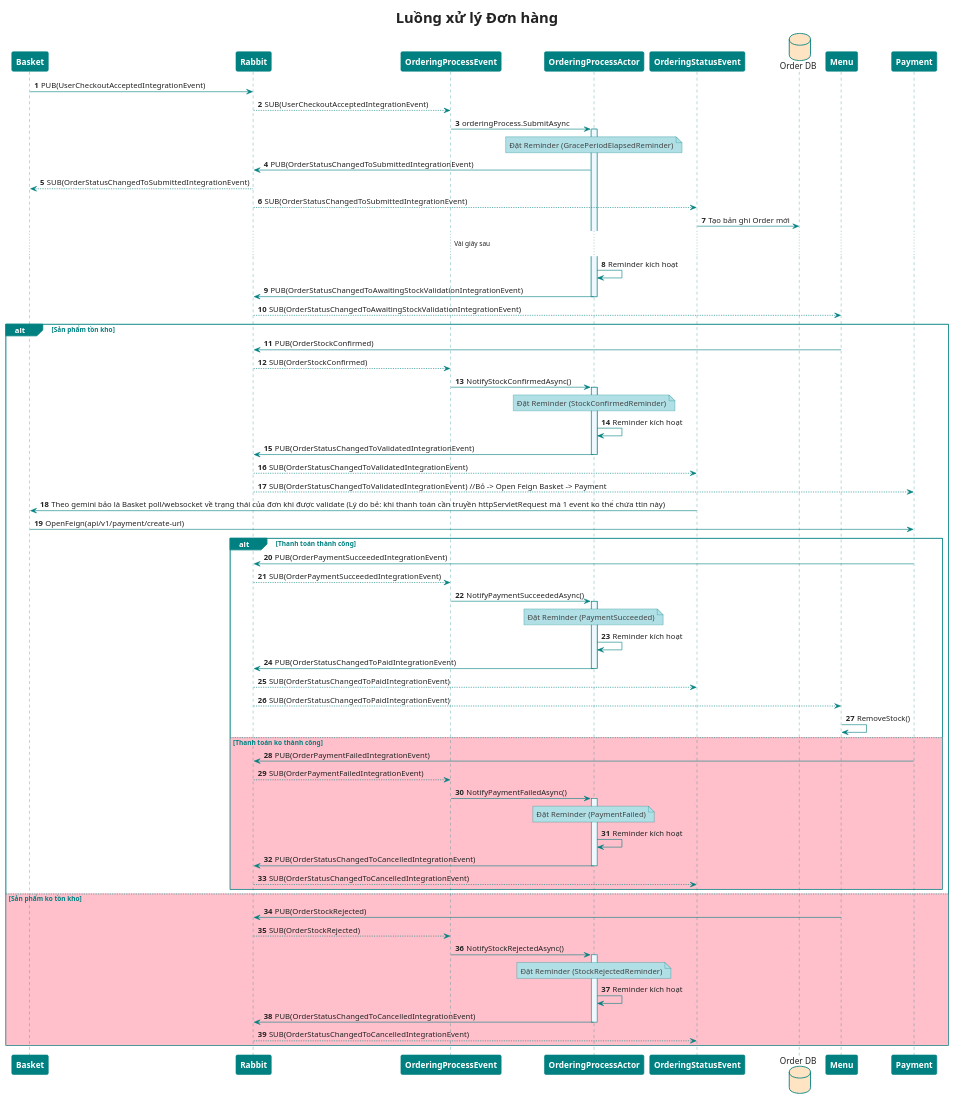
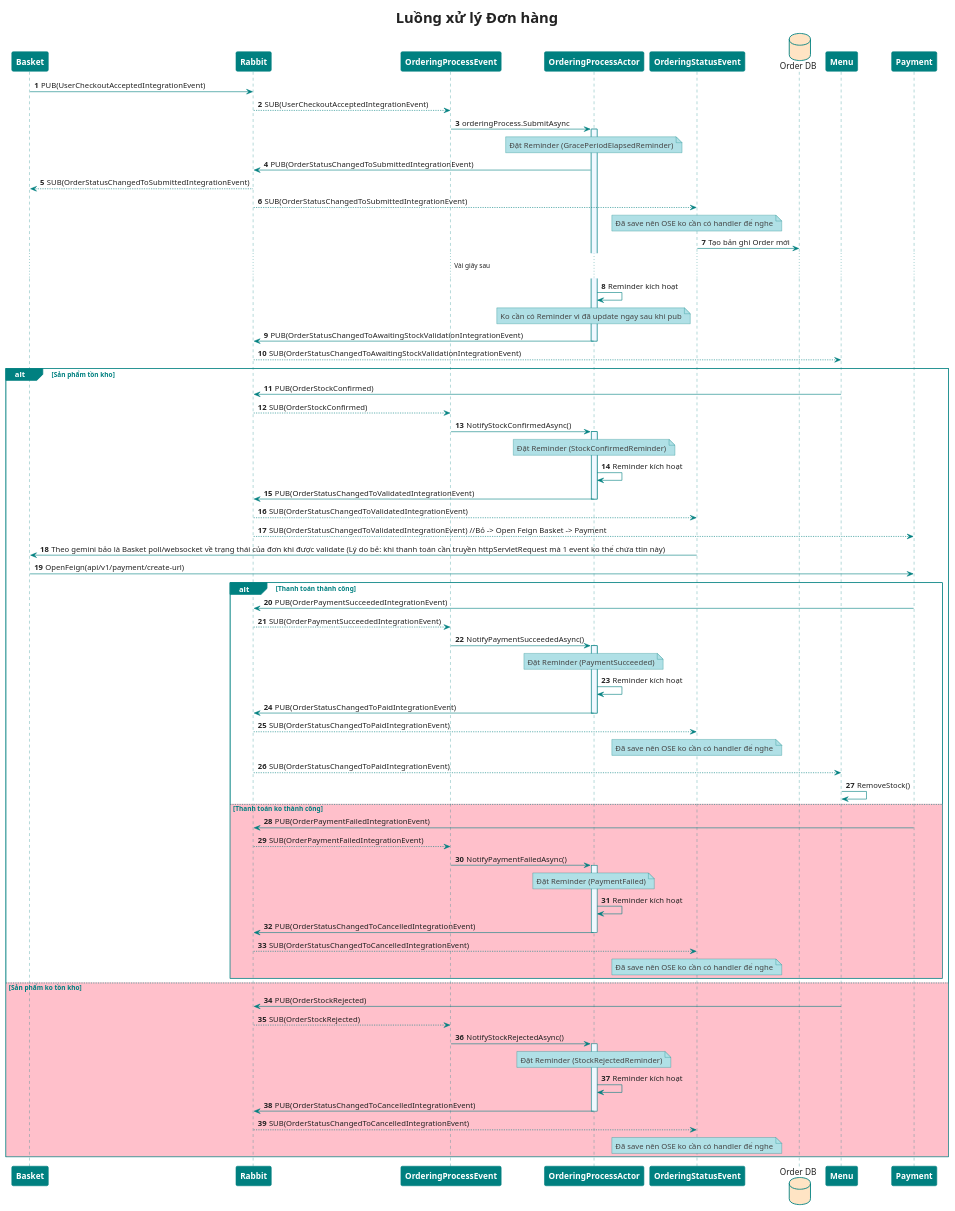
The diagram in Backend/SEQ/Order/ResolvingOrder.puml (MinhTrinh04/Beef-Restaurant), drawn with PlantUML before and after one commit. The commit also changed 3 other files, not shown here.

```diff
--- a/Backend/SEQ/Order/ResolvingOrder.puml
+++ b/Backend/SEQ/Order/ResolvingOrder.puml
@@ -1,118 +1,126 @@
 @startuml
 'https://plantuml.com/sequence-diagram
 skinparam shadowing false
 skinparam responseMessageBelowArrow false
 skinparam DefaultFontColor #222
 skinparam TitleFontSize 25
 skinparam NoteBorderColor #teal
 skinparam NoteBackgroundColor #powderblue
 skinparam NoteFontColor 444
 skinparam DatabaseBorderColor #teal
 skinparam DatabaseBackgroundColor #bisque
 skinparam sequence {
 ParticipantBorderThickness 1
 ParticipantBorderColor #teal
 ParticipantBackgroundColor #teal
 ParticipantFontColor #white
 ParticipantFontSize 14
 ParticipantFontStyle bold
 LifeLineBorderColor #teal
 LifeLineBackgroundColor #aliceblue
 ArrowColor #teal
 ActorBorderColor #teal
 GroupBorderThickness 1
 GroupBorderColor #teal
 GroupHeaderFontColor #white
 GroupBackgroundColor #teal
 GroupFontColor #teal
 ReferenceBorderThickness 1
 ReferenceBorderColor #teal
 ReferenceBackgroundColor #aliceblue
 ReferenceHeaderBackgroundColor #white
 ReferenceFontColor #teal
 }
 autonumber
 
 title Luồng xử lý Đơn hàng
 
 participant "Basket" as Basket
 participant "Rabbit" as MQ
 participant "OrderingProcessEvent" as OPE
 participant "OrderingProcessActor" as Actor
 participant "OrderingStatusEvent" as OSE
 database "Order DB" as DB
 participant "Menu" as Menu
 participant "Payment" as Payment
 
     Basket -> MQ: PUB(UserCheckoutAcceptedIntegrationEvent)
     MQ --> OPE: SUB(UserCheckoutAcceptedIntegrationEvent)
     OPE -> Actor: orderingProcess.SubmitAsync
     activate Actor
     note over Actor: Đặt Reminder (GracePeriodElapsedReminder)
     Actor -> MQ: PUB(OrderStatusChangedToSubmittedIntegrationEvent)
 
     MQ --> Basket: SUB(OrderStatusChangedToSubmittedIntegrationEvent)
     MQ --> OSE: SUB(OrderStatusChangedToSubmittedIntegrationEvent)
+    note over OSE: Đã save nên OSE ko cần có handler để nghe
     OSE -> DB: Tạo bản ghi Order mới
 
     ... Vài giây sau ...
     Actor -> Actor: Reminder kích hoạt
+    note over Actor: Ko cần có Reminder vì đã update ngay sau khi pub
     Actor -> MQ: PUB(OrderStatusChangedToAwaitingStockValidationIntegrationEvent)
     deactivate Actor
     
     MQ --> Menu: SUB(OrderStatusChangedToAwaitingStockValidationIntegrationEvent)
 
 alt Sản phẩm tồn kho
     Menu -> MQ: PUB(OrderStockConfirmed)
     MQ --> OPE: SUB(OrderStockConfirmed)
     OPE -> Actor: NotifyStockConfirmedAsync()
     activate Actor
     note over Actor: Đặt Reminder (StockConfirmedReminder)
     Actor -> Actor: Reminder kích hoạt
     Actor -> MQ: PUB(OrderStatusChangedToValidatedIntegrationEvent)
     deactivate Actor
     MQ --> OSE: SUB(OrderStatusChangedToValidatedIntegrationEvent)
     MQ --> Payment: SUB(OrderStatusChangedToValidatedIntegrationEvent) //Bỏ -> Open Feign Basket -> Payment
     OSE -> Basket: Theo gemini bảo là Basket poll/websocket về trạng thái của đơn khi được validate (Lý do bẻ: khi thanh toán cần truyền httpServletRequest mà 1 event ko thể chứa ttin này)
     Basket -> Payment: OpenFeign(api/v1/payment/create-url)
 
     alt Thanh toán thành công
         Payment -> MQ: PUB(OrderPaymentSucceededIntegrationEvent)
         MQ --> OPE: SUB(OrderPaymentSucceededIntegrationEvent)
         OPE -> Actor: NotifyPaymentSucceededAsync()
         activate Actor
             note over Actor: Đặt Reminder (PaymentSucceeded)
             Actor -> Actor: Reminder kích hoạt
             Actor -> MQ: PUB(OrderStatusChangedToPaidIntegrationEvent)
         deactivate Actor
         MQ --> OSE: SUB(OrderStatusChangedToPaidIntegrationEvent)
+        note over OSE: Đã save nên OSE ko cần có handler để nghe
+
         MQ --> Menu: SUB(OrderStatusChangedToPaidIntegrationEvent)
         Menu -> Menu: RemoveStock()
 
 
     else #Pink Thanh toán ko thành công
     Payment -> MQ: PUB(OrderPaymentFailedIntegrationEvent)
     MQ--> OPE: SUB(OrderPaymentFailedIntegrationEvent)
     OPE -> Actor: NotifyPaymentFailedAsync()
     activate Actor
     note over Actor: Đặt Reminder (PaymentFailed)
     Actor -> Actor: Reminder kích hoạt
     Actor -> MQ: PUB(OrderStatusChangedToCancelledIntegrationEvent)
     deactivate Actor
     MQ--> OSE: SUB(OrderStatusChangedToCancelledIntegrationEvent)
+    note over OSE: Đã save nên OSE ko cần có handler để nghe
+
 
     end
 
 else #Pink Sản phẩm ko tồn kho
     Menu -> MQ: PUB(OrderStockRejected)
     MQ --> OPE: SUB(OrderStockRejected)
     OPE -> Actor: NotifyStockRejectedAsync()
     activate Actor
     note over Actor: Đặt Reminder (StockRejectedReminder)
     Actor -> Actor: Reminder kích hoạt
     Actor -> MQ: PUB(OrderStatusChangedToCancelledIntegrationEvent)
     deactivate Actor
     MQ --> OSE: SUB(OrderStatusChangedToCancelledIntegrationEvent)
+    note over OSE: Đã save nên OSE ko cần có handler để nghe
+
 end
 
 @enduml
```
